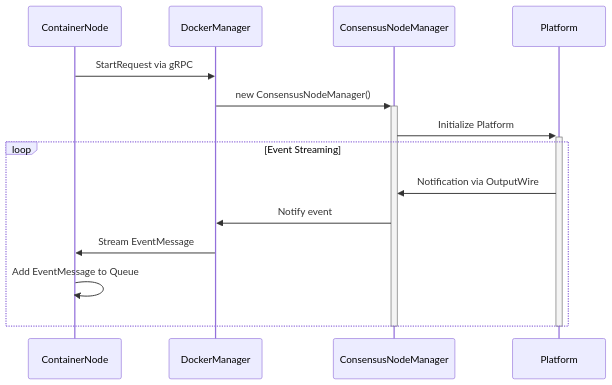
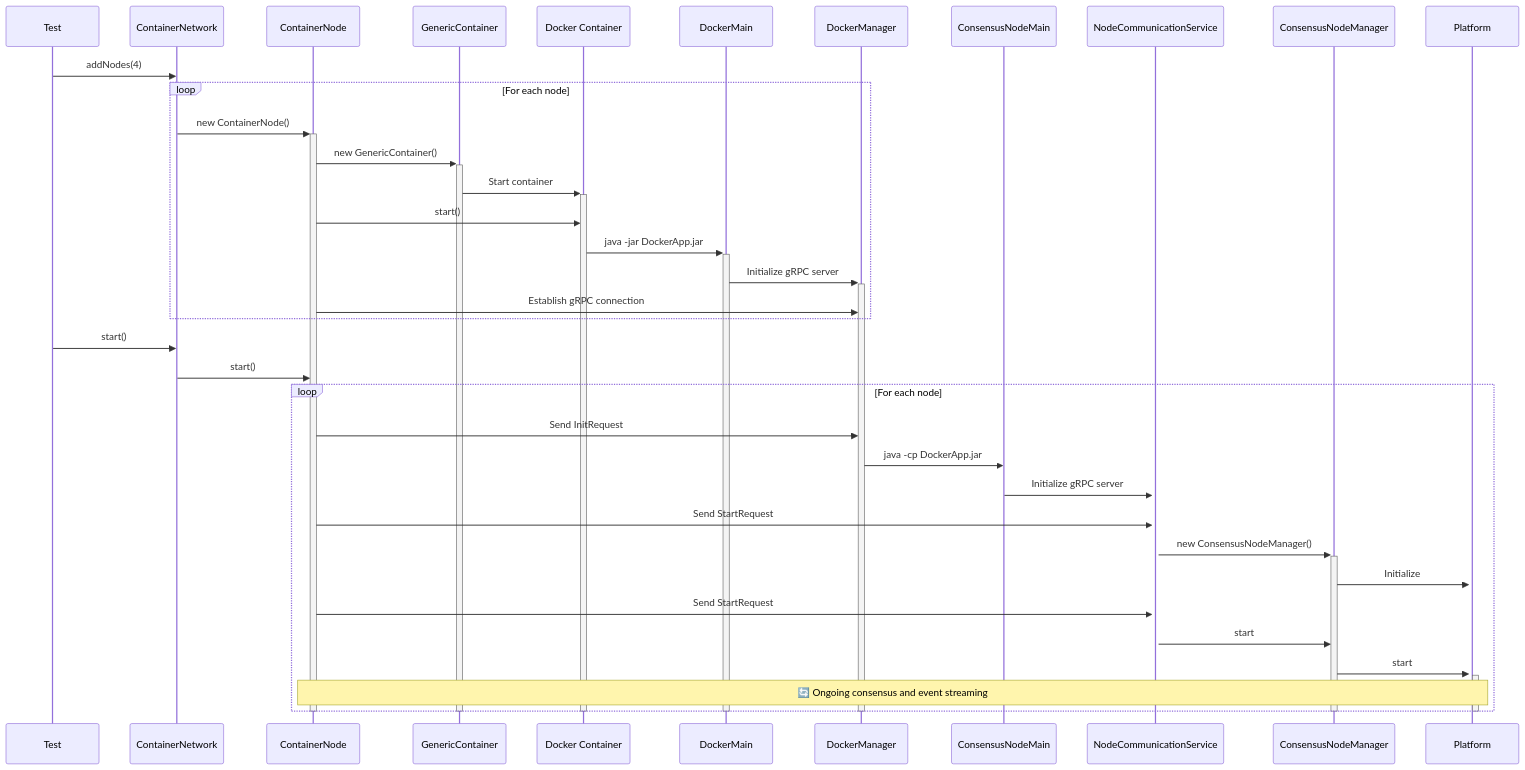
The fourth of 5 diagrams in platform-sdk/consensus-otter-tests/docs/container-environment.md (hiero-ledger/hiero-consensus-node), drawn with Mermaid before and after one commit. The commit also changed other lines of this file, not shown here.

````diff
--- a/platform-sdk/consensus-otter-tests/docs/container-environment.md
+++ b/platform-sdk/consensus-otter-tests/docs/container-environment.md
@@ -310,20 +338,49 @@
 ```mermaid
 sequenceDiagram
+    participant Test as Test
+    participant ContainerNetwork
     participant ContainerNode
+    participant GenericContainer
+    participant Container as Docker Container
+    participant DockerMain
     participant DockerManager
+    participant ConsensusNodeMain
+    participant NodeCommunicationService
     participant ConsensusNodeManager
     participant Platform
-    ContainerNode ->> DockerManager: StartRequest via gRPC
-    DockerManager ->>+ ConsensusNodeManager: new ConsensusNodeManager()
-    ConsensusNodeManager ->>+ Platform: Initialize Platform
+    Test ->> ContainerNetwork: addNodes(4)
 
-    loop Event Streaming
-        Platform ->> ConsensusNodeManager: Notification via OutputWire
-        ConsensusNodeManager ->> DockerManager: Notify event
-        DockerManager ->> ContainerNode: Stream EventMessage
-        ContainerNode ->> ContainerNode: Add EventMessage to Queue
+    loop For each node
+        ContainerNetwork ->>+ ContainerNode: new ContainerNode()
+        ContainerNode ->>+ GenericContainer: new GenericContainer()
+        GenericContainer ->>+ Container: Start container
+        ContainerNode ->> Container: start()
+        Container ->>+ DockerMain: java -jar DockerApp.jar
+        DockerMain ->>+ DockerManager: Initialize gRPC server
+        ContainerNode ->> DockerManager: Establish gRPC connection
     end
 
+    Test ->> ContainerNetwork: start()
+    ContainerNetwork ->> ContainerNode: start()
+
+    loop For each node
+        ContainerNode ->> DockerManager: Send InitRequest
+        DockerManager ->> ConsensusNodeMain: java -cp DockerApp.jar
+        ConsensusNodeMain ->>+ NodeCommunicationService: Initialize gRPC server
+        ContainerNode ->> NodeCommunicationService: Send StartRequest
+        NodeCommunicationService ->>+ ConsensusNodeManager: new ConsensusNodeManager()
+        ConsensusNodeManager ->>+ Platform: Initialize
+        ContainerNode ->> NodeCommunicationService: Send StartRequest
+        NodeCommunicationService ->> ConsensusNodeManager: start
+        ConsensusNodeManager ->>+ Platform: start
+        Note over ContainerNode, Platform: 🔄 Ongoing consensus and event streaming
+    end
+
+    deactivate ContainerNode
+    deactivate GenericContainer
+    deactivate Container
+    deactivate DockerMain
+    deactivate DockerManager
     deactivate ConsensusNodeManager
     deactivate Platform
 ```
````
